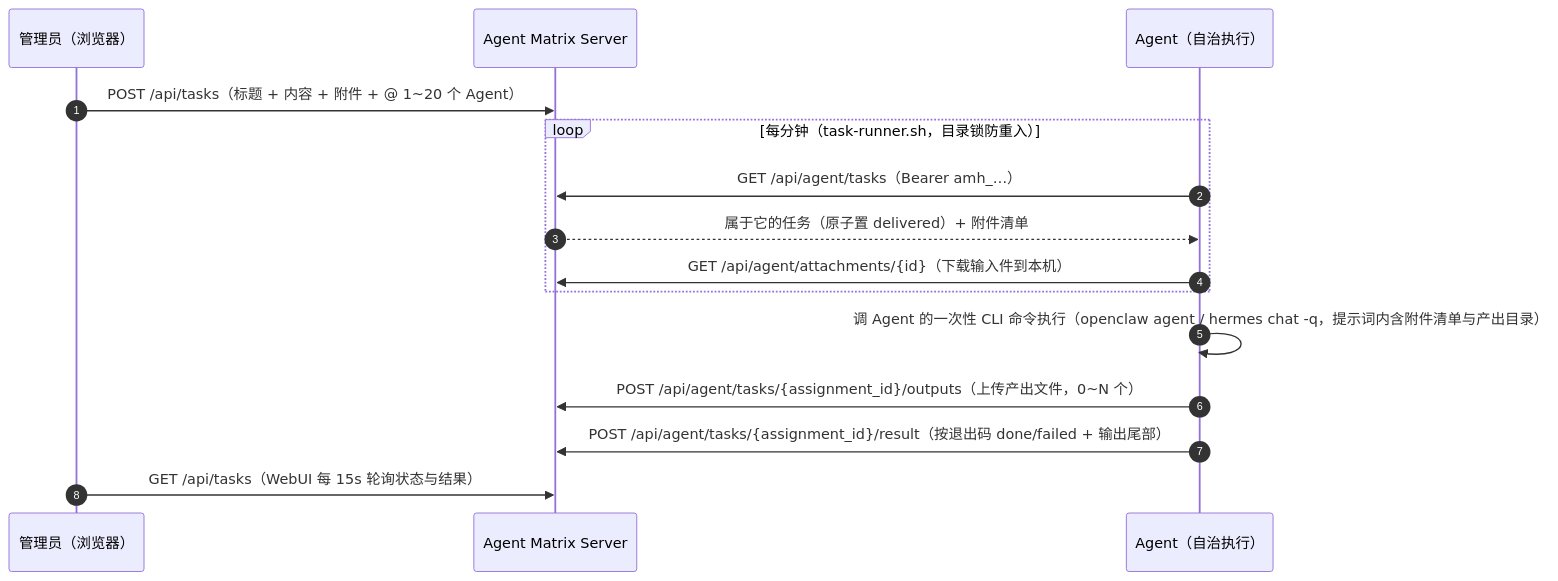
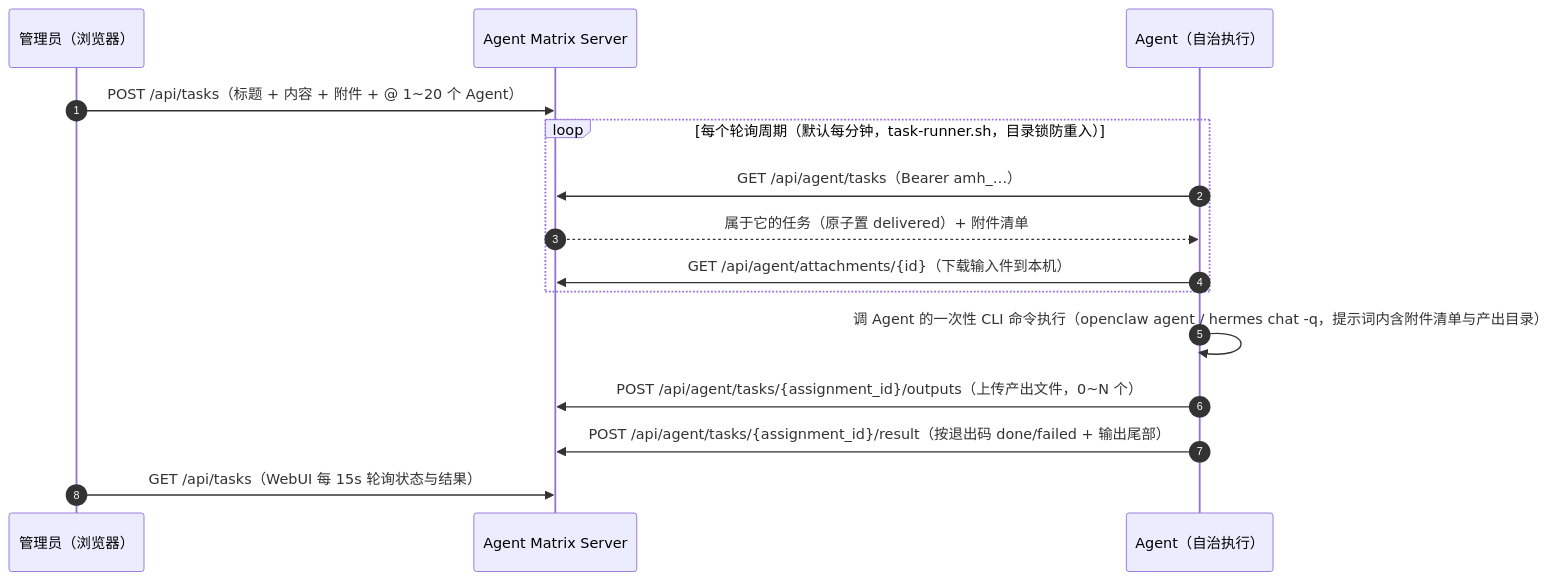
The fifth of 5 diagrams in README.md (HankGuo/agent-matrix), drawn with Mermaid before and after one commit. The commit also changed other lines of this file and 10 other files, not shown here.

````diff
--- a/README.md
+++ b/README.md
@@ -265,18 +265,18 @@
 ```mermaid
 sequenceDiagram
     autonumber
     participant A as 管理员（浏览器）
     participant S as Agent Matrix Server
     participant G as Agent（自治执行）
 
     A->>S: POST /api/tasks（标题 + 内容 + 附件 + @ 1~20 个 Agent）
-    loop 每分钟（task-runner.sh，目录锁防重入）
+    loop 每个轮询周期（默认每分钟，task-runner.sh，目录锁防重入）
         G->>S: GET /api/agent/tasks（Bearer amh_…）
         S-->>G: 属于它的任务（原子置 delivered）+ 附件清单
         G->>S: GET /api/agent/attachments/{id}（下载输入件到本机）
     end
     G->>G: 调 Agent 的一次性 CLI 命令执行（openclaw agent / hermes chat -q，提示词内含附件清单与产出目录）
     G->>S: POST /api/agent/tasks/{assignment_id}/outputs（上传产出文件，0~N 个）
     G->>S: POST /api/agent/tasks/{assignment_id}/result（按退出码 done/failed + 输出尾部）
     A->>S: GET /api/tasks（WebUI 每 15s 轮询状态与结果）
 ```
````
